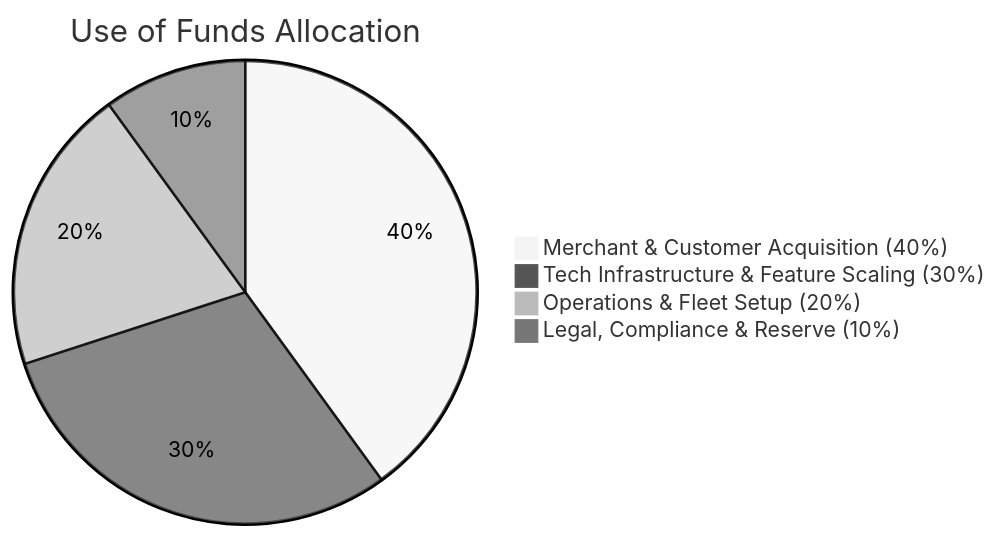
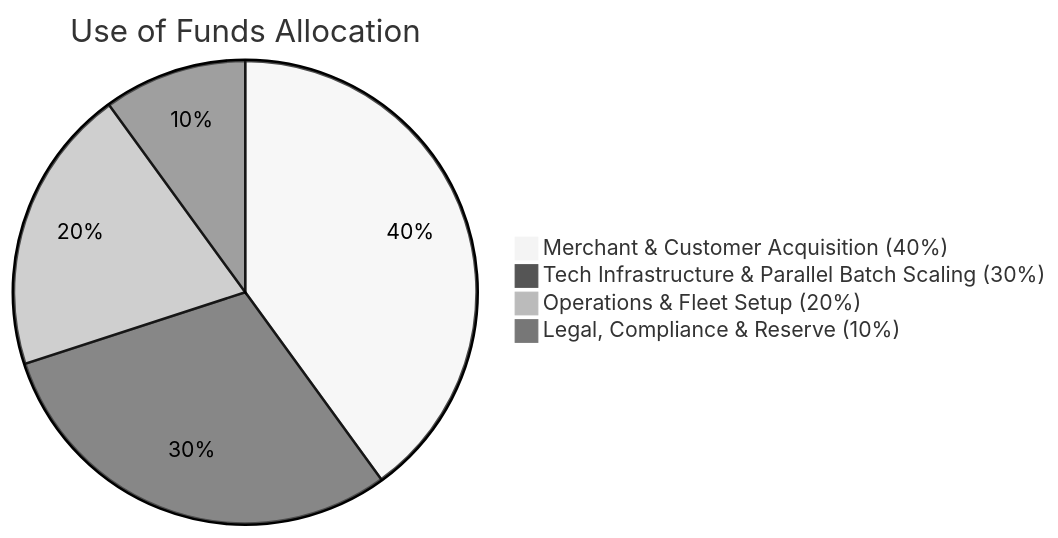
The seventh of 7 diagrams in INVESTOR_PITCH_DECK.md (amangovindrao/passel), drawn with Mermaid (neutral theme) before and after one commit. The commit also changed other lines of this file and 1 other file, not shown here.

Commit message:
docs: update business model with ₹249 shop fee, tiered delivery fees & parallel batching

````diff
--- a/INVESTOR_PITCH_DECK.md
+++ b/INVESTOR_PITCH_DECK.md
@@ -179,7 +182,7 @@
 ```mermaid
 pie title Use of Funds Allocation
     "Merchant & Customer Acquisition (40%)" : 40
-    "Tech Infrastructure & Feature Scaling (30%)" : 30
+    "Tech Infrastructure & Parallel Batch Scaling (30%)" : 30
     "Operations & Fleet Setup (20%)" : 20
     "Legal, Compliance & Reserve (10%)" : 10
 ```
````
